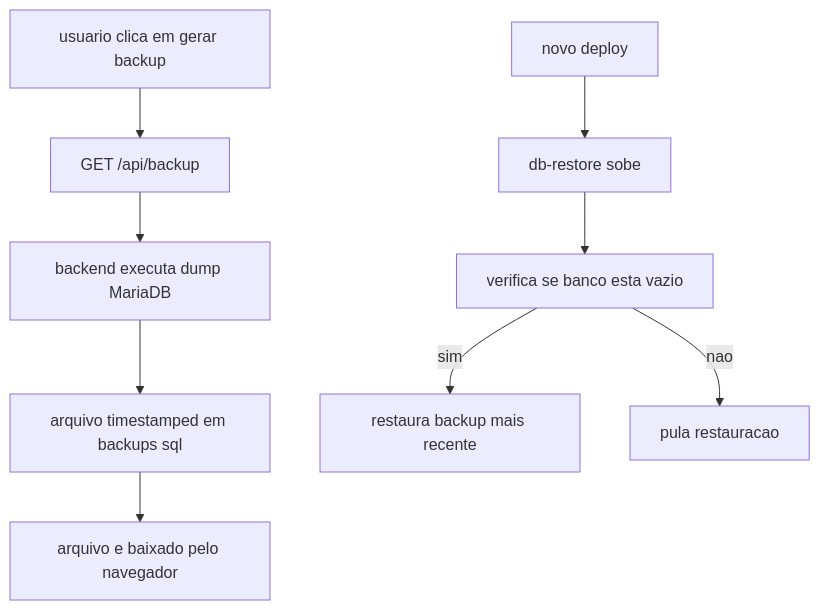
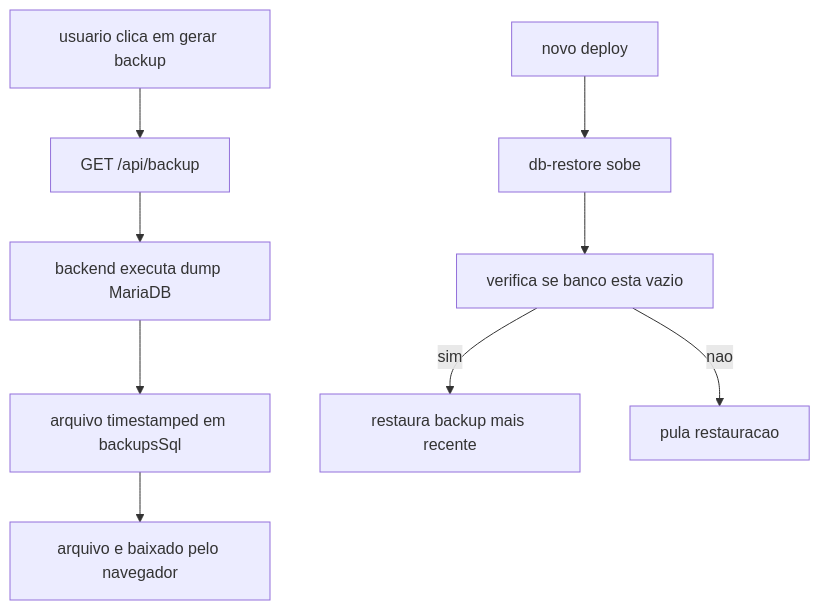
One commit to renansc/NanotechSoft changed the eighth of 9 diagrams in apps/riob/source/docs/ARQUITETURA_SISTEMA.md. Above: the diagram before and after it, drawn with Mermaid. The commit also changed other lines of this file and 55 other files, not shown here.

````diff
--- a/apps/riob/source/docs/ARQUITETURA_SISTEMA.md
+++ b/apps/riob/source/docs/ARQUITETURA_SISTEMA.md
@@ -691,12 +745,12 @@
 ```mermaid
 flowchart TD
     A[usuario clica em gerar backup] --> B[GET /api/backup]
     B --> C[backend executa dump MariaDB]
-    C --> D[arquivo timestamped em backups sql]
+    C --> D[arquivo timestamped em backupsSql]
     D --> E[arquivo e baixado pelo navegador]
 
     F[novo deploy] --> G[db-restore sobe]
     G --> H[verifica se banco esta vazio]
     H -->|sim| I[restaura backup mais recente]
     H -->|nao| J[pula restauracao]
 ```
````
